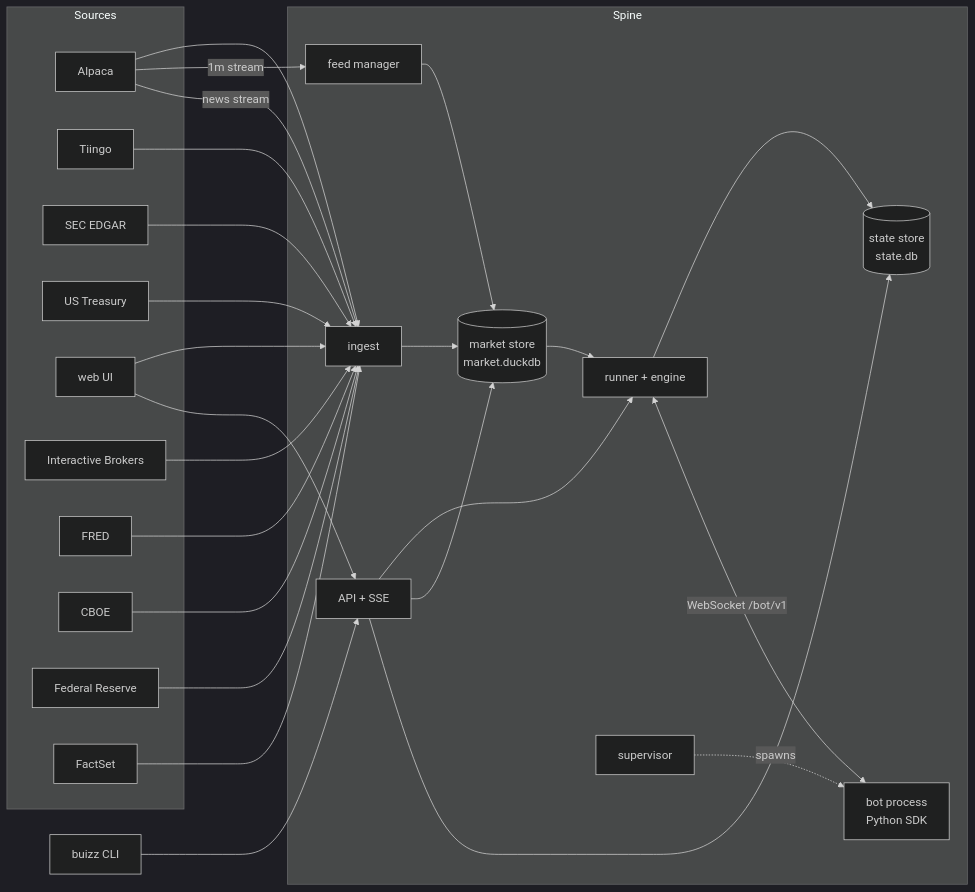
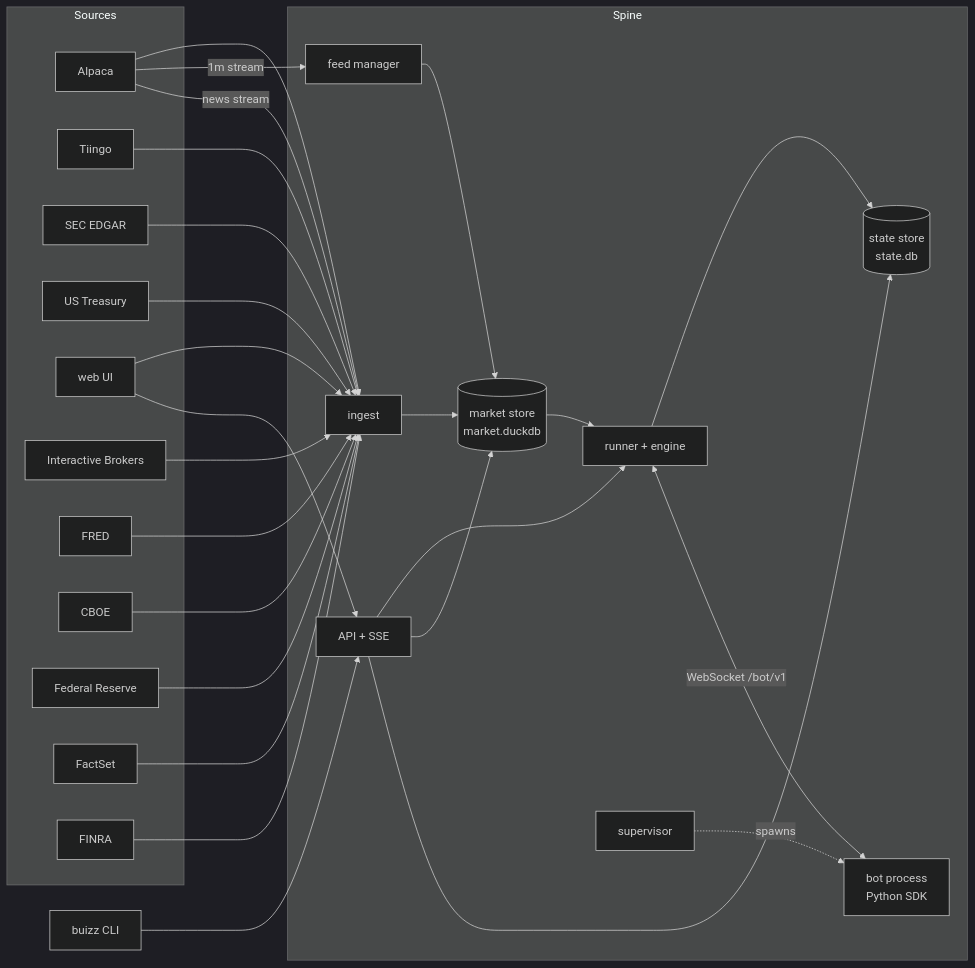
Before and after one commit to mikaelhug/Buizz: the diagram in docs/architecture.md, drawn with Mermaid (dark theme). The commit also changed other lines of this file and 55 other files, not shown here.

````diff
--- a/docs/architecture.md
+++ b/docs/architecture.md
@@ -5,40 +5,42 @@
 ```mermaid
 flowchart LR
     subgraph Sources
         A[Alpaca]
         T[Tiingo]
         E[SEC EDGAR]
         R[US Treasury]
         W[Wikipedia]
         K[Interactive Brokers]
         FR[FRED]
         CB[CBOE]
         FED[Federal Reserve]
         FS[FactSet]
+        FN[FINRA]
     end
     subgraph Spine
         I[ingest] --> M[(market store<br/>market.duckdb)]
         F[feed manager] --> M
         M --> RU[runner + engine]
         RU --> S[(state store<br/>state.db)]
         SU[supervisor] -. spawns .-> B
         API[API + SSE] --> RU
         API --> M
         API --> S
     end
     A --> I
     T --> I
     E --> I
     R --> I
     W --> I
     K --> I
     FR --> I
     CB --> I
     FED --> I
     FS --> I
+    FN --> I
     A -- 1m stream --> F
     A -- news stream --> I
     RU <-- "WebSocket /bot/v1" --> B[bot process<br/>Python SDK]
     W[web UI] --> API
     C[buizz CLI] --> API
 ```
````
